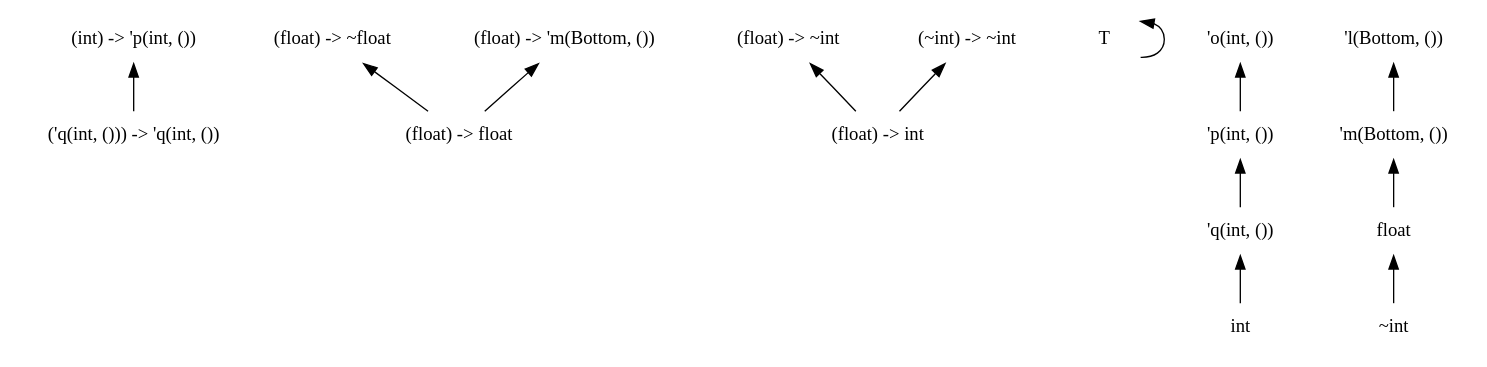
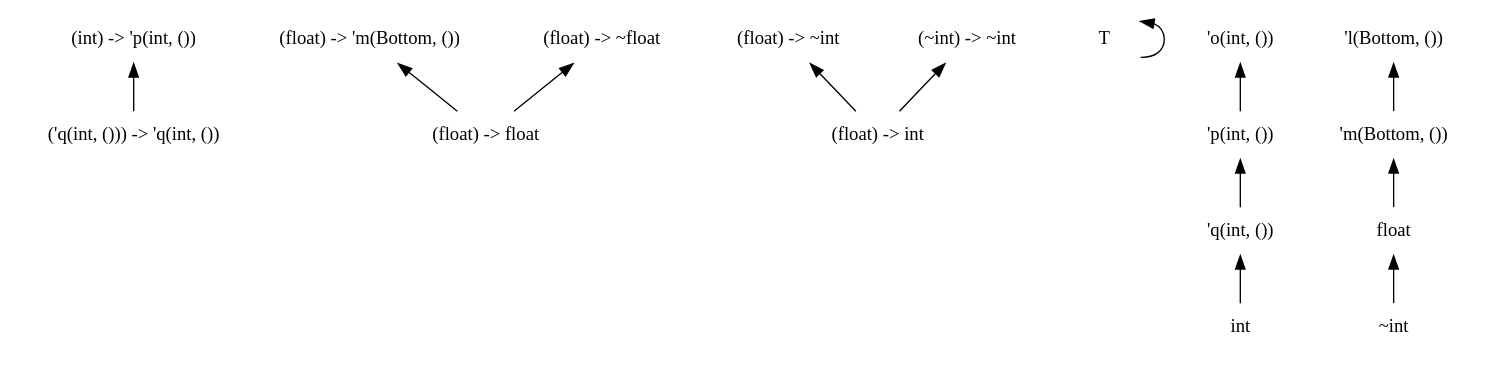
Before and after one commit to chocobo333/regino: the diagram in dots/7.dot, drawn with Graphviz. The commit also changed other lines of this file and 40 other files, not shown here.

```diff
--- a/dots/7.dot
+++ b/dots/7.dot
@@ -1,40 +1,40 @@
 digraph order {
   graph [
     size = "30,10"
     ];
   node [
     shape = none
     ];
   edge [
     dir = back
     ];
   "('q(int, ())) -> 'q(int, ())"
-  "(float) -> ~float"
+  "(float) -> 'm(Bottom, ())"
   "(int) -> 'p(int, ())"
   "(float) -> ~int"
   "(~int) -> ~int"
-  "(float) -> 'm(Bottom, ())"
+  "(float) -> ~float"
   "T"
   "'p(int, ())"
   "'q(int, ())"
   "'m(Bottom, ())"
   "'o(int, ())"
   "'l(Bottom, ())"
   "float"
   "int"
   "~int"
   "(float) -> int"
   "(float) -> float"
   "(~int) -> ~int" -> "(float) -> int"
+  "(float) -> ~float" -> "(float) -> float"
   "(float) -> 'm(Bottom, ())" -> "(float) -> float"
-  "(float) -> ~float" -> "(float) -> float"
   "T" -> "T"
   "float" -> "~int"
   "'o(int, ())" -> "'p(int, ())"
   "'q(int, ())" -> "int"
   "'p(int, ())" -> "'q(int, ())"
   "'l(Bottom, ())" -> "'m(Bottom, ())"
   "'m(Bottom, ())" -> "float"
   "(int) -> 'p(int, ())" -> "('q(int, ())) -> 'q(int, ())"
   "(float) -> ~int" -> "(float) -> int"
 }
```
